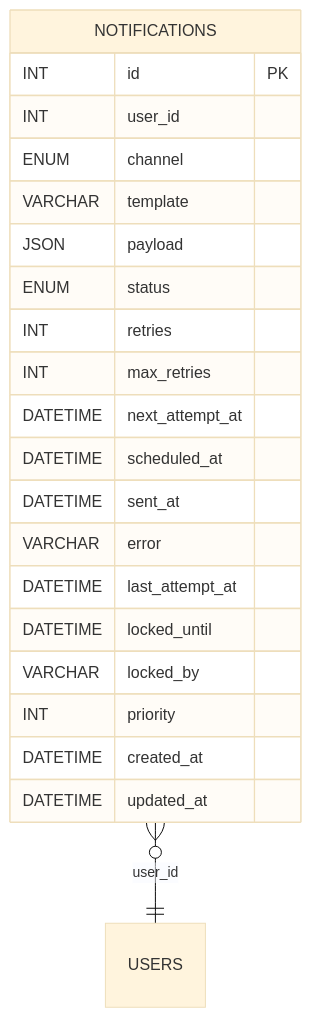
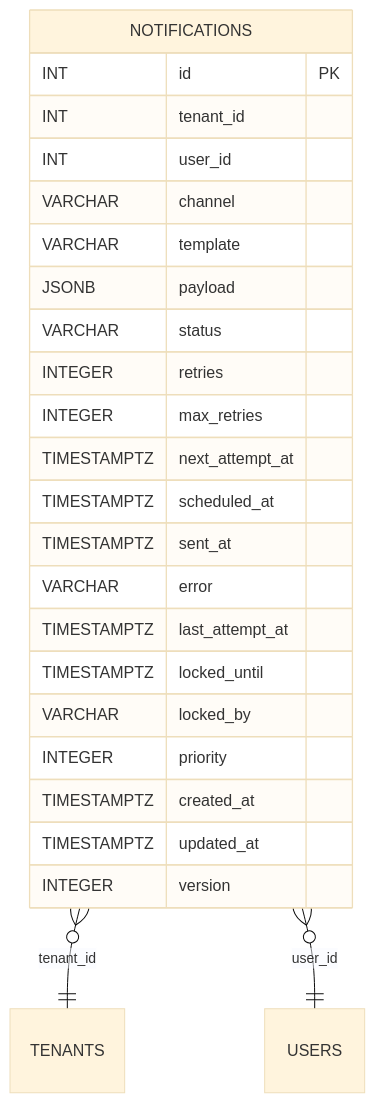
The diagram in README.md (blackcatdatabase/table-notifications), drawn with Mermaid (base theme) before and after one commit. The commit also changed other lines of this file and 26 other files, not shown here.

First line of the commit message:
Regen schema (#1)

````diff
--- a/README.md
+++ b/README.md
@@ -64,24 +70,27 @@
 ```mermaid
 erDiagram
   NOTIFICATIONS {
     INT id PK
+    INT tenant_id
     INT user_id
-    ENUM channel
+    VARCHAR channel
     VARCHAR template
-    JSON payload
-    ENUM status
-    INT retries
-    INT max_retries
-    DATETIME next_attempt_at
-    DATETIME scheduled_at
-    DATETIME sent_at
+    JSONB payload
+    VARCHAR status
+    INTEGER retries
+    INTEGER max_retries
+    TIMESTAMPTZ next_attempt_at
+    TIMESTAMPTZ scheduled_at
+    TIMESTAMPTZ sent_at
     VARCHAR error
-    DATETIME last_attempt_at
-    DATETIME locked_until
+    TIMESTAMPTZ last_attempt_at
+    TIMESTAMPTZ locked_until
     VARCHAR locked_by
-    INT priority
-    DATETIME created_at
-    DATETIME updated_at
+    INTEGER priority
+    TIMESTAMPTZ created_at
+    TIMESTAMPTZ updated_at
+    INTEGER version
   }
+  NOTIFICATIONS }o--|| TENANTS : "tenant_id"
   NOTIFICATIONS }o--|| USERS : "user_id"
 ```
````
